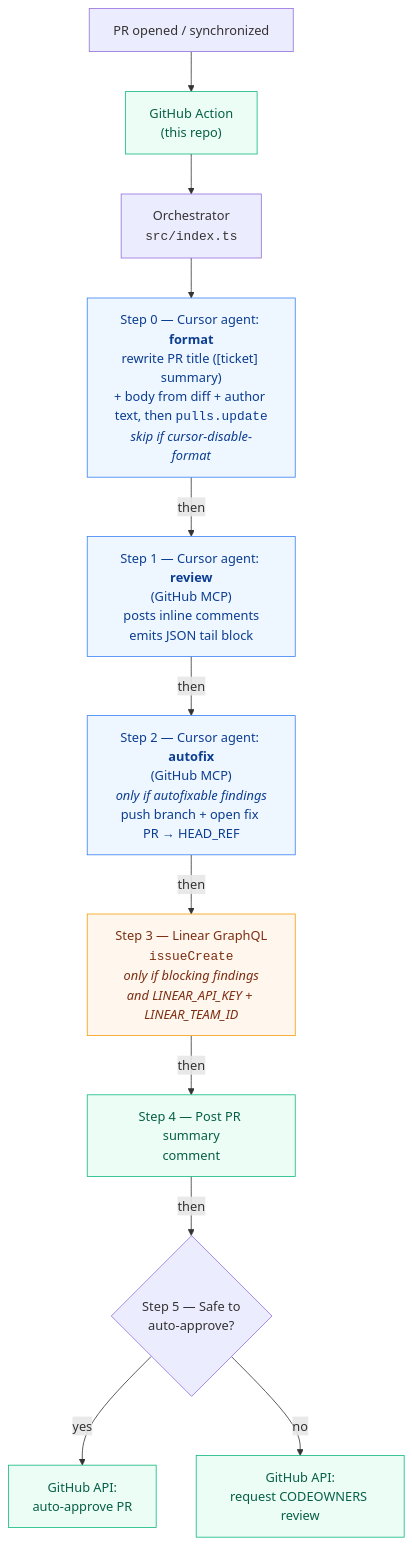
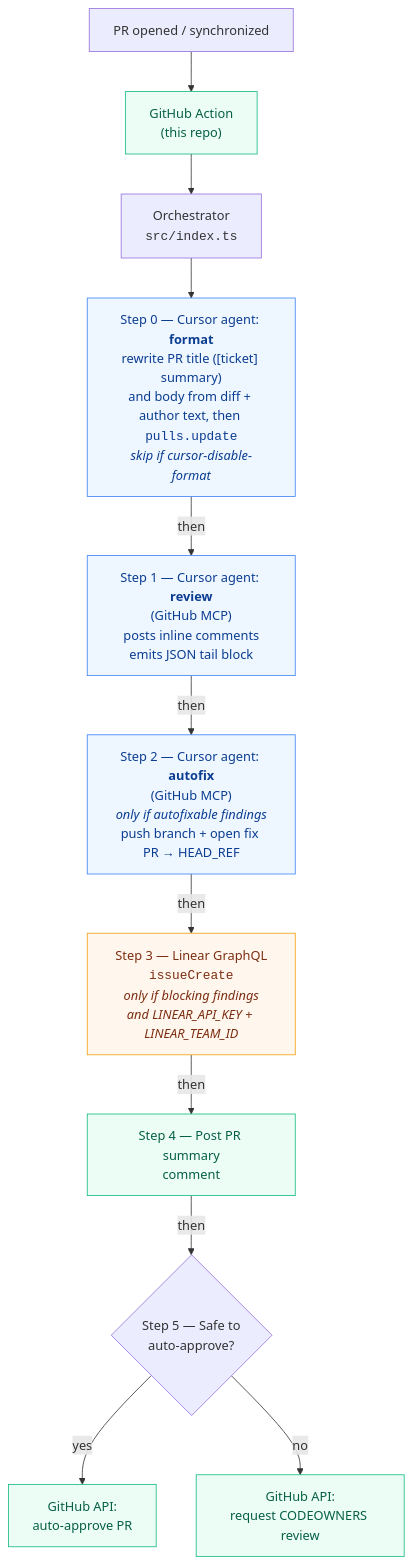
One commit to captain-corgi/cursor-sdk-example changed the diagram in README.md. Above: the diagram before and after it, drawn with Mermaid.

Commit message:
fix(F1): rewrite Format Mermaid continuation without stray "+ "
Use "and body from diff + author text" so the label reads as prose, not diff noise.

Made-with: Cursor

````diff
--- a/README.md
+++ b/README.md
@@ -16,22 +16,22 @@
 ```mermaid
 flowchart TD
     PR["PR opened / synchronized"] --> Action["GitHub Action<br/>(this repo)"]
     Action --> Orchestrator["Orchestrator<br/><code>src/index.ts</code>"]
 
-    Orchestrator --> Format["Step 0 — Cursor agent: <b>format</b><br/>rewrite PR title ([ticket] summary)<br/>+ body from diff + author text, then <code>pulls.update</code><br/><i>skip if cursor-disable-format</i>"]
+    Orchestrator --> Format["Step 0 — Cursor agent: <b>format</b><br/>rewrite PR title ([ticket] summary)<br/>and body from diff + author text, then <code>pulls.update</code><br/><i>skip if cursor-disable-format</i>"]
     Format -->|then| Review["Step 1 — Cursor agent: <b>review</b><br/>(GitHub MCP)<br/>posts inline comments<br/>emits JSON tail block"]
     Review -->|then| Autofix["Step 2 — Cursor agent: <b>autofix</b><br/>(GitHub MCP)<br/><i>only if autofixable findings</i><br/>push branch + open fix PR → HEAD_REF"]
     Autofix -->|then| Linear["Step 3 — Linear GraphQL<br/><code>issueCreate</code><br/><i>only if blocking findings</i><br/><i>and LINEAR_API_KEY + LINEAR_TEAM_ID</i>"]
     Linear -->|then| Summary["Step 4 — Post PR summary<br/>comment"]
     Summary -->|then| Decide{"Step 5 — Safe to<br/>auto-approve?"}
 
     Decide -->|yes| Approve["GitHub API:<br/>auto-approve PR"]
     Decide -->|no| Reviewers["GitHub API:<br/>request CODEOWNERS review"]
 
     classDef agent fill:#eef6ff,stroke:#3b82f6,color:#0b3d91;
     classDef ext fill:#fff7ed,stroke:#f59e0b,color:#7c2d12;
     classDef gh fill:#ecfdf5,stroke:#10b981,color:#065f46;
     class Format,Review,Autofix agent;
     class Linear ext;
     class Approve,Reviewers,Action,Summary gh;
 ```
````
